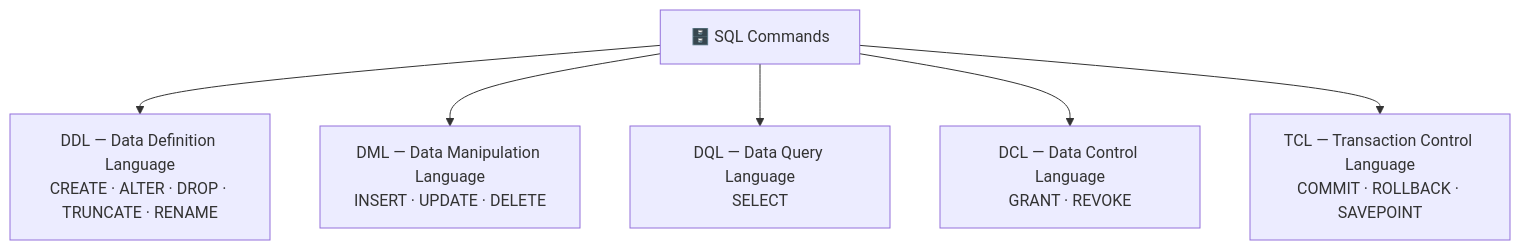
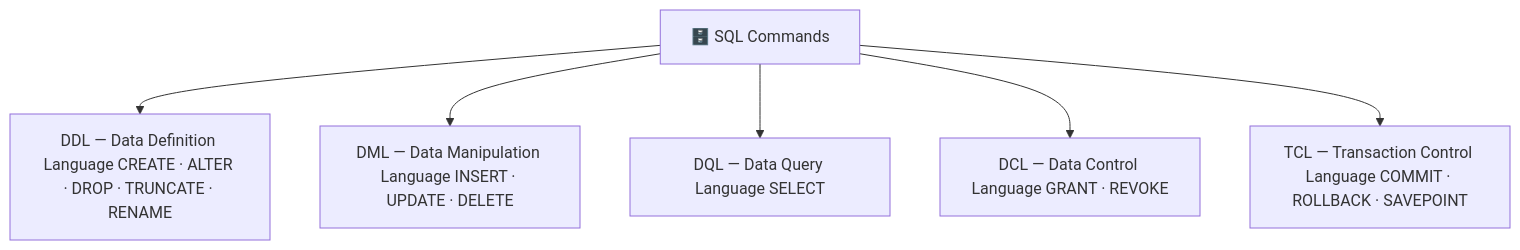
The first of 7 diagrams in sql.md (naveenkumar1661997/notes), drawn with Mermaid before and after one commit. The commit also changed other lines of this file and 12 other files, not shown here.

```diff
--- a/sql.md
+++ b/sql.md
@@ -35,10 +35,10 @@
 <pre class="mermaid">
 flowchart TD
     SQL["🗄️ SQL Commands"]
 
-    SQL --> DDL["DDL — Data Definition Language\nCREATE · ALTER · DROP · TRUNCATE · RENAME"]
-    SQL --> DML["DML — Data Manipulation Language\nINSERT · UPDATE · DELETE"]
-    SQL --> DQL["DQL — Data Query Language\nSELECT"]
-    SQL --> DCL["DCL — Data Control Language\nGRANT · REVOKE"]
-    SQL --> TCL["TCL — Transaction Control Language\nCOMMIT · ROLLBACK · SAVEPOINT"]
+    SQL --> DDL["DDL — Data Definition Language CREATE · ALTER · DROP · TRUNCATE · RENAME"]
+    SQL --> DML["DML — Data Manipulation Language INSERT · UPDATE · DELETE"]
+    SQL --> DQL["DQL — Data Query Language SELECT"]
+    SQL --> DCL["DCL — Data Control Language GRANT · REVOKE"]
+    SQL --> TCL["TCL — Transaction Control Language COMMIT · ROLLBACK · SAVEPOINT"]
 </pre>
```
